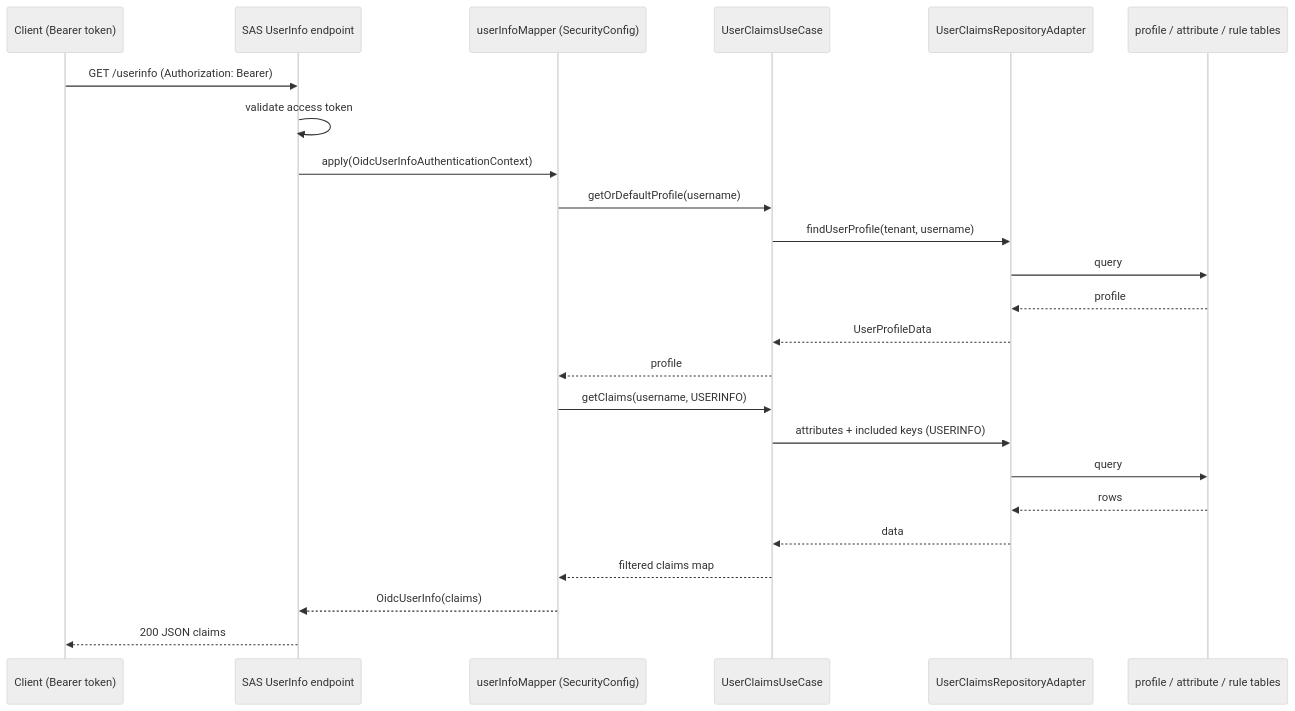
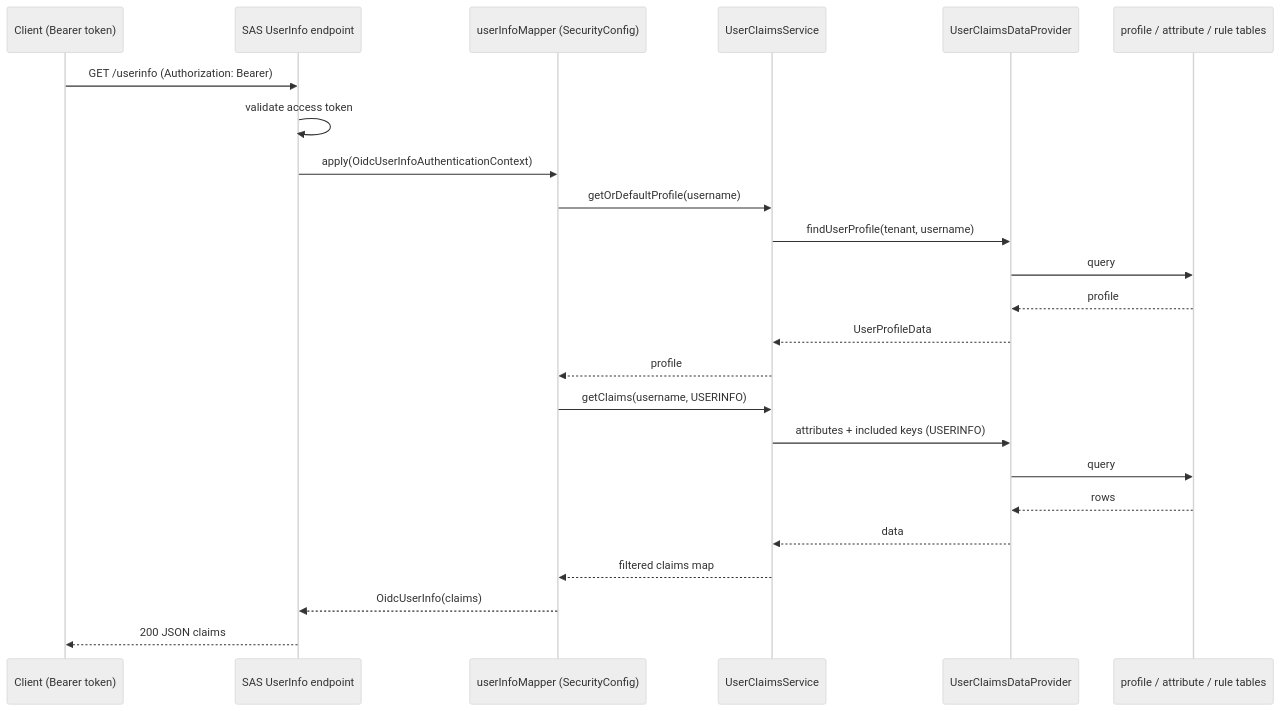
The diagram in documentation/features/02-openid-connect.md (edmaputra/ed-auth), drawn with Mermaid (neutral theme) before and after one commit. The commit also changed other lines of this file and 14 other files, not shown here.

Commit message:
refactor: Update documentation to reflect service renaming and architectural changes

````diff
--- a/documentation/features/02-openid-connect.md
+++ b/documentation/features/02-openid-connect.md
@@ -121,27 +121,27 @@
 ```mermaid
 sequenceDiagram
     participant RP as Client (Bearer token)
     participant UI as SAS UserInfo endpoint
     participant Map as userInfoMapper (SecurityConfig)
-    participant UC as UserClaimsUseCase
-    participant Data as UserClaimsRepositoryAdapter
+    participant UC as UserClaimsService
+    participant Data as UserClaimsDataProvider
     participant DB as profile / attribute / rule tables
 
     RP->>UI: GET /userinfo (Authorization: Bearer)
     UI->>UI: validate access token
     UI->>Map: apply(OidcUserInfoAuthenticationContext)
     Map->>UC: getOrDefaultProfile(username)
     UC->>Data: findUserProfile(tenant, username)
     Data->>DB: query
     DB-->>Data: profile
     Data-->>UC: UserProfileData
     UC-->>Map: profile
     Map->>UC: getClaims(username, USERINFO)
     UC->>Data: attributes + included keys (USERINFO)
     Data->>DB: query
     DB-->>Data: rows
     Data-->>UC: data
     UC-->>Map: filtered claims map
     Map-->>UI: OidcUserInfo(claims)
     UI-->>RP: 200 JSON claims
 ```
````
